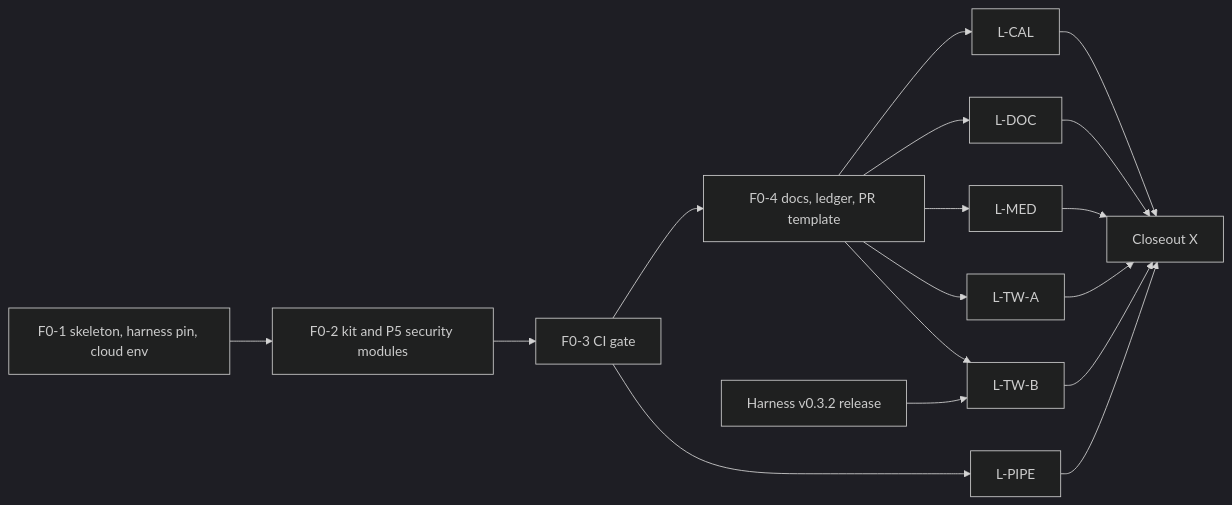
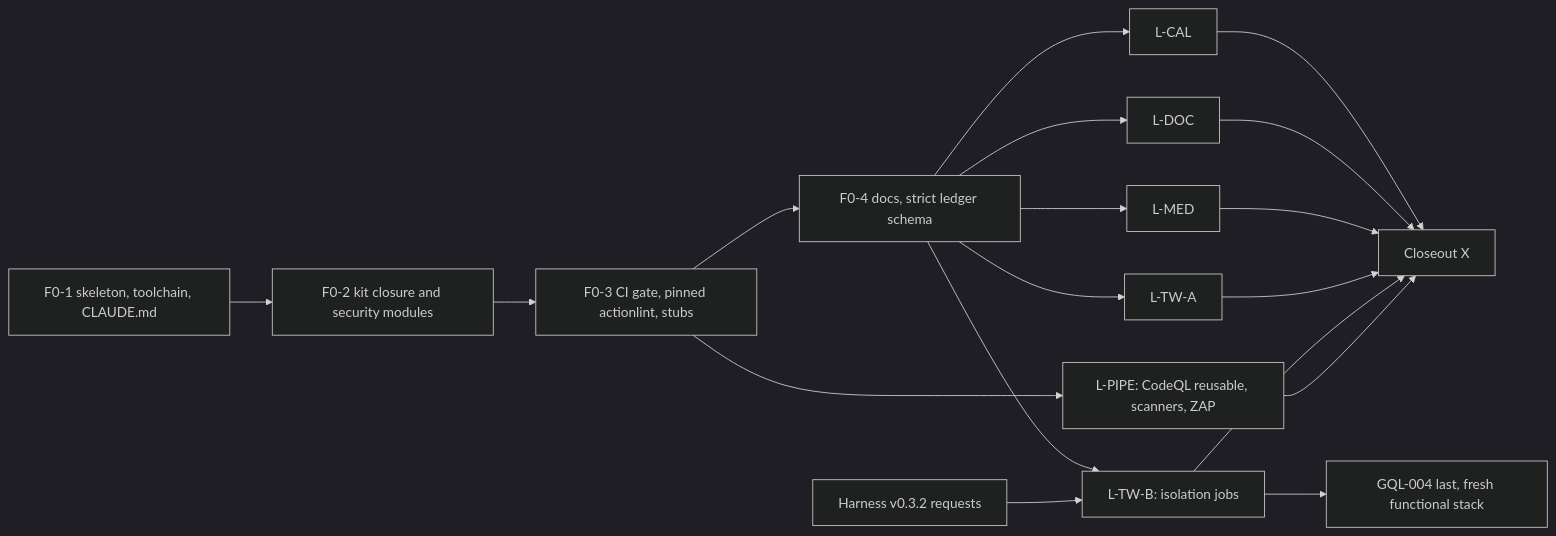
One commit to Jayami123/appsec-devsecops-pipeline changed the diagram in docs/plans/2026-11-08-p5-master-plan.md. Above: the diagram before and after it, drawn with Mermaid (dark theme). The commit also changed other lines of this file, not shown here.

````diff
--- a/docs/plans/2026-11-08-p5-master-plan.md
+++ b/docs/plans/2026-11-08-p5-master-plan.md
@@ -275,19 +306,20 @@
 ```mermaid
 flowchart LR
-  F01[F0-1 skeleton, harness pin, cloud env] --> F02[F0-2 kit and P5 security modules]
-  F02 --> F03[F0-3 CI gate]
-  F03 --> F04[F0-4 docs, ledger, PR template]
+  F01[F0-1 skeleton, toolchain, CLAUDE.md] --> F02[F0-2 kit closure and security modules]
+  F02 --> F03[F0-3 CI gate, pinned actionlint, stubs]
+  F03 --> F04[F0-4 docs, strict ledger schema]
   F04 --> LCAL[L-CAL]
   F04 --> LDOC[L-DOC]
   F04 --> LMED[L-MED]
   F04 --> LTWA[L-TW-A]
-  F03 --> LPIPE[L-PIPE]
-  HARN[Harness v0.3.2 release] --> LTWB[L-TW-B]
-  F04 --> LTWB
+  F03 --> LPIPE[L-PIPE: CodeQL reusable, scanners, ZAP]
+  F04 --> LTWB[L-TW-B: isolation jobs]
+  HARN[Harness v0.3.2 requests] --> LTWB
+  LTWB --> GQL4[GQL-004 last, fresh functional stack]
   LCAL --> X[Closeout X]
   LDOC --> X
   LMED --> X
   LTWA --> X
   LTWB --> X
   LPIPE --> X
 ```
````
